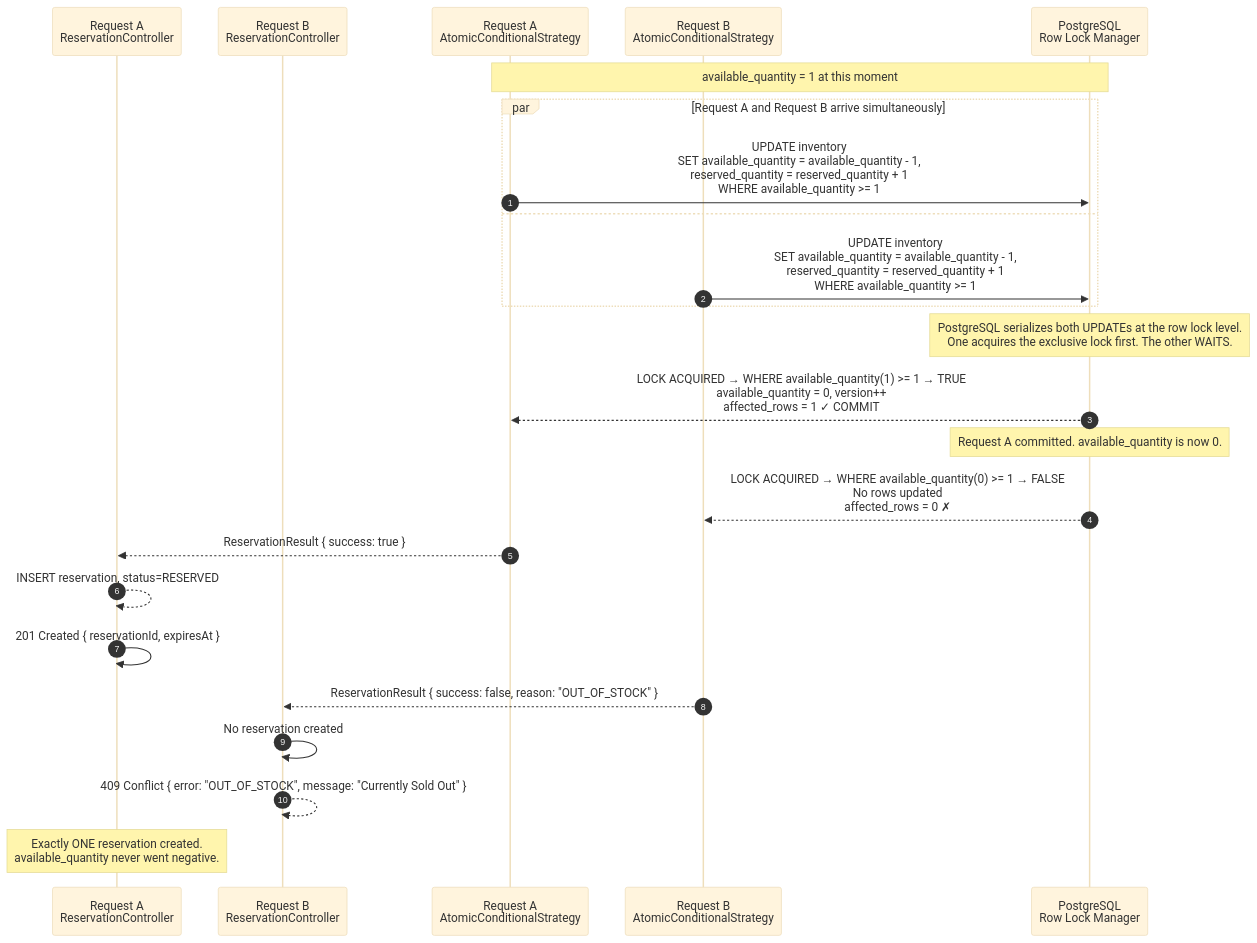
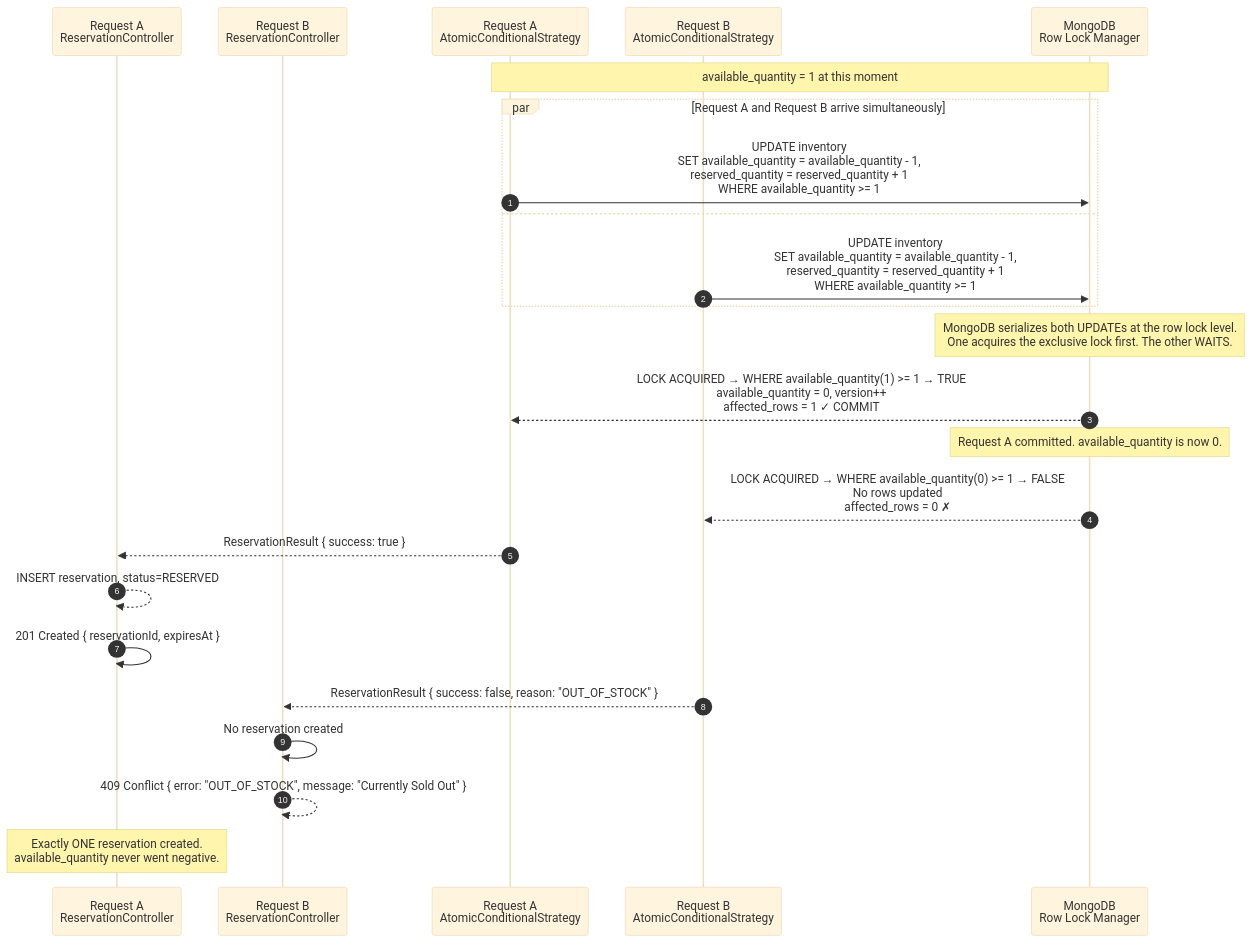
One commit to DharunKumar-K/sd changed the second of 6 diagrams in 03_LLD/03_SEQUENCE_DIAGRAMS.md. Above: the diagram before and after it, drawn with Mermaid (base theme). The commit also changed other lines of this file and 40 other files, not shown here.

Commit message:
chore: migrate architecture documentation from PostgreSQL to MongoDB as per ADR-MONGODB-001

````diff
--- a/03_LLD/03_SEQUENCE_DIAGRAMS.md
+++ b/03_LLD/03_SEQUENCE_DIAGRAMS.md
@@ -86,35 +86,35 @@
 ```mermaid
 sequenceDiagram
     autonumber
     participant A_RC as Request A<br/>ReservationController
     participant B_RC as Request B<br/>ReservationController
     participant A_ACS as Request A<br/>AtomicConditionalStrategy
     participant B_ACS as Request B<br/>AtomicConditionalStrategy
-    participant PG as PostgreSQL<br/>Row Lock Manager
+    participant PG as MongoDB<br/>Row Lock Manager
 
     Note over A_ACS, PG: available_quantity = 1 at this moment
 
     par Request A and Request B arrive simultaneously
         A_ACS->>PG: UPDATE inventory<br/>SET available_quantity = available_quantity - 1,<br/>    reserved_quantity = reserved_quantity + 1<br/>WHERE available_quantity >= 1
     and
         B_ACS->>PG: UPDATE inventory<br/>SET available_quantity = available_quantity - 1,<br/>    reserved_quantity = reserved_quantity + 1<br/>WHERE available_quantity >= 1
     end
 
-    Note over PG: PostgreSQL serializes both UPDATEs at the row lock level.<br/>One acquires the exclusive lock first. The other WAITS.
+    Note over PG: MongoDB serializes both UPDATEs at the row lock level.<br/>One acquires the exclusive lock first. The other WAITS.
 
     PG-->>A_ACS: LOCK ACQUIRED → WHERE available_quantity(1) >= 1 → TRUE<br/>available_quantity = 0, version++<br/>affected_rows = 1 ✓ COMMIT
 
     Note over PG: Request A committed. available_quantity is now 0.
 
     PG-->>B_ACS: LOCK ACQUIRED → WHERE available_quantity(0) >= 1 → FALSE<br/>No rows updated<br/>affected_rows = 0 ✗
 
     A_ACS-->>A_RC: ReservationResult { success: true }
     A_RC-->>A_RC: INSERT reservation, status=RESERVED
     A_RC->>A_RC: 201 Created { reservationId, expiresAt }
 
     B_ACS-->>B_RC: ReservationResult { success: false, reason: "OUT_OF_STOCK" }
     B_RC->>B_RC: No reservation created
     B_RC-->>B_RC: 409 Conflict { error: "OUT_OF_STOCK", message: "Currently Sold Out" }
 
     Note over A_RC: Exactly ONE reservation created.<br/>available_quantity never went negative.
 ```
````
